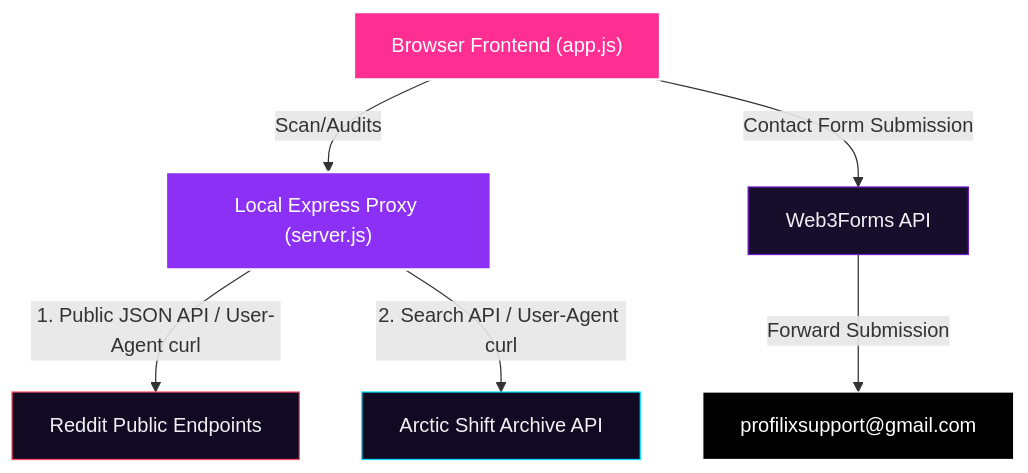
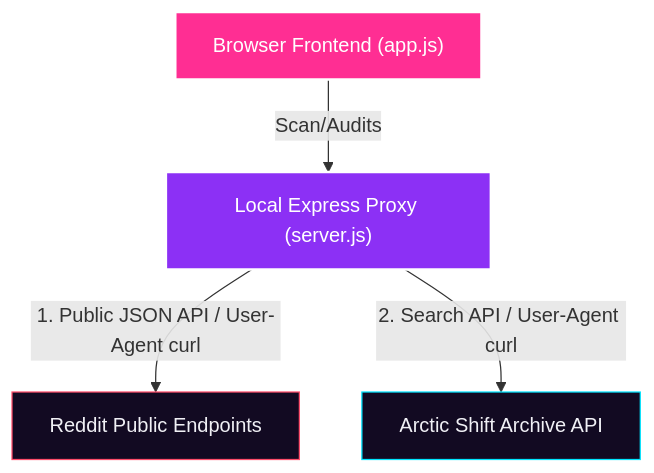
The diagram in README.md (anshkr95/profilix), drawn with Mermaid before and after one commit. The commit also changed other lines of this file and 2 other files, not shown here.

Commit message:
style: enhance open-source UI prominence and clean up architecture diagram

````diff
--- a/README.md
+++ b/README.md
@@ -48,15 +55,11 @@
 ```mermaid
 graph TD
     Client["Browser Frontend (app.js)"] -->|Scan/Audits| Proxy["Local Express Proxy (server.js)"]
     Proxy -->|1. Public JSON API / User-Agent curl| RedditAPI["Reddit Public Endpoints"]
     Proxy -->|2. Search API / User-Agent curl| ArcticShift["Arctic Shift Archive API"]
-    Client -->|Contact Form Submission| Web3Forms["Web3Forms API"]
-    Web3Forms -->|Forward Submission| Gmail["profilixsupport@gmail.com"]
     
     style Client fill:#ff2e93,stroke:#fff,stroke-width:2px,color:#fff
     style Proxy fill:#8c30f5,stroke:#fff,stroke-width:2px,color:#fff
     style RedditAPI fill:#120a22,stroke:#ff4d6a,stroke-width:1px,color:#f0f0f5
     style ArcticShift fill:#120a22,stroke:#00e5ff,stroke-width:1px,color:#f0f0f5
-    style Web3Forms fill:#160e2a,stroke:#6b1ac4,stroke-width:1px,color:#f0f0f5
-    style Gmail fill:#000,stroke:#fff,stroke-width:1px,color:#fff
 ```
````
